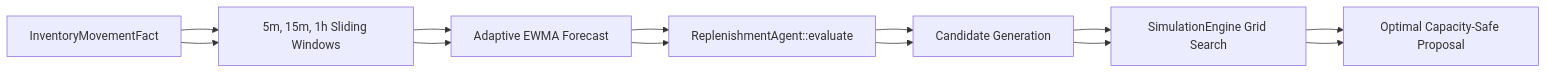
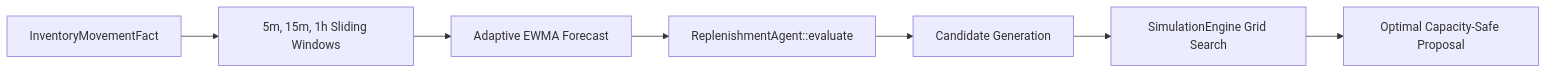
One commit to Clearleaff/Replenishment-Engine changed the sixth of 9 diagrams in src/RustDataPlatform/hybrid-orchestrator/ARCHITECTURE.md. Above: the diagram before and after it, drawn with Mermaid. The commit also changed other lines of this file, not shown here.

Commit message:
fix(docs): resolve all broken mermaid syntax and duplicate blocks in ARCHITECTURE.md

````diff
--- a/src/RustDataPlatform/hybrid-orchestrator/ARCHITECTURE.md
+++ b/src/RustDataPlatform/hybrid-orchestrator/ARCHITECTURE.md
@@ -392,15 +219,9 @@
 ```mermaid
 flowchart LR
-    Fact[InventoryMovementFact] --> Rolling[5m, 15m, 1h Sliding Windows]
-    Rolling --> EWMA[Adaptive EWMA Forecast]
-    EWMA --> Decision[ReplenishmentAgent::evaluate]
-    Decision --> Candidates[Candidate Generation]
-    Candidates --> Sim[SimulationEngine Grid Search]
-    Sim --> Outcome[Optimal Capacity-Safe Proposal]
     Fact["InventoryMovementFact"] --> Rolling["5m, 15m, 1h Sliding Windows"]
     Rolling --> EWMA["Adaptive EWMA Forecast"]
     EWMA --> Decision["ReplenishmentAgent::evaluate"]
     Decision --> Candidates["Candidate Generation"]
     Candidates --> Sim["SimulationEngine Grid Search"]
     Sim --> Outcome["Optimal Capacity-Safe Proposal"]
 ```
````
